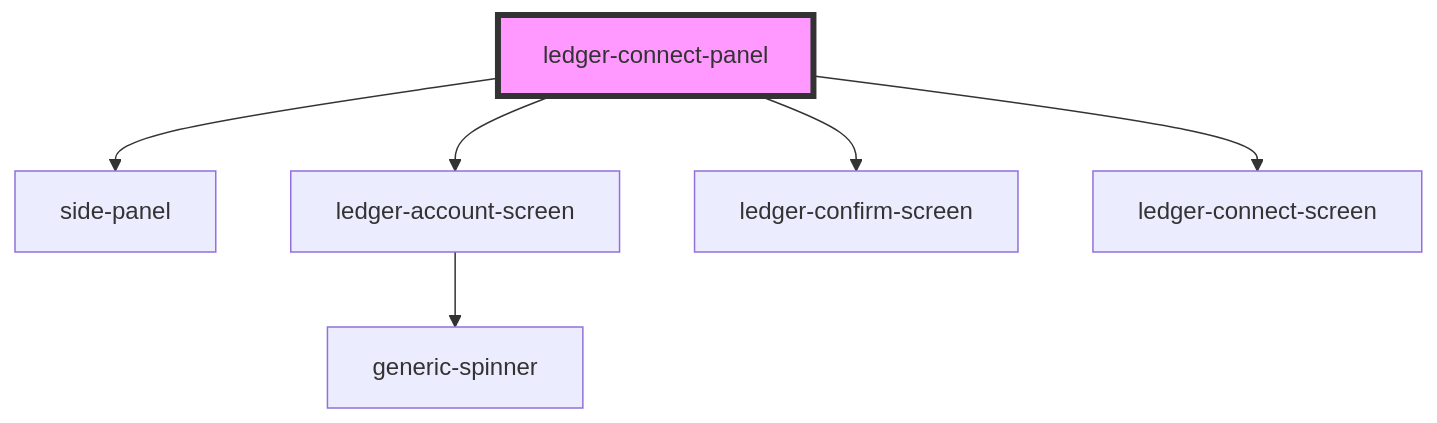
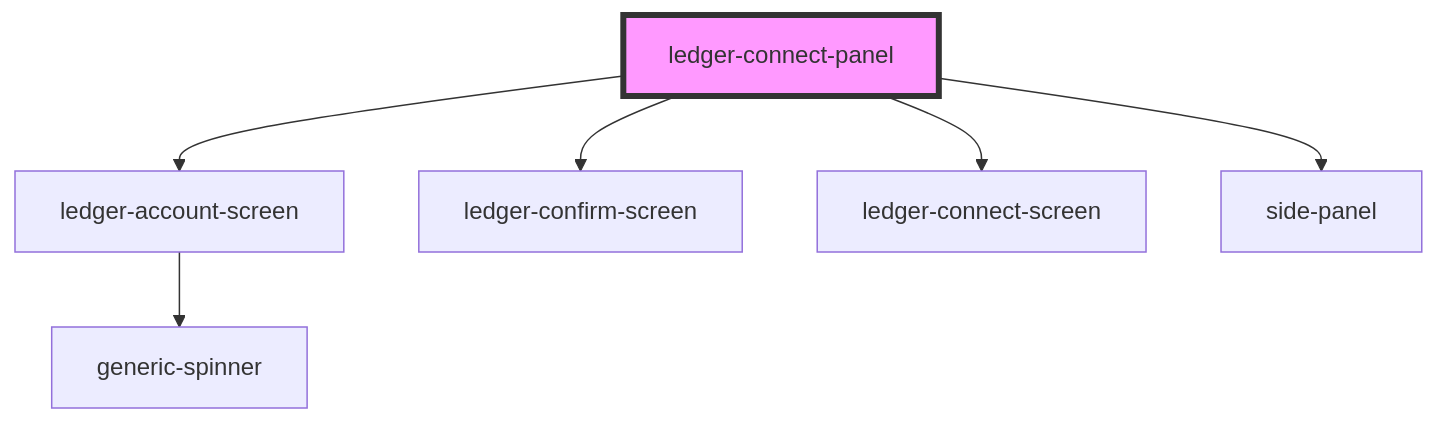
Before and after one commit to multiversx/mx-sdk-dapp-ui: the diagram in src/components/functional/ledger-connect-components/readme.md, drawn with Mermaid. The commit also changed other lines of this file and 12 other files, not shown here.

````diff
--- a/src/components/functional/ledger-connect-components/readme.md
+++ b/src/components/functional/ledger-connect-components/readme.md
@@ -36,9 +36,9 @@
 ```mermaid
 graph TD;
-  ledger-connect-panel --> side-panel
   ledger-connect-panel --> ledger-account-screen
   ledger-connect-panel --> ledger-confirm-screen
   ledger-connect-panel --> ledger-connect-screen
+  ledger-connect-panel --> side-panel
   ledger-account-screen --> generic-spinner
   style ledger-connect-panel fill:#f9f,stroke:#333,stroke-width:4px
 ```
````
